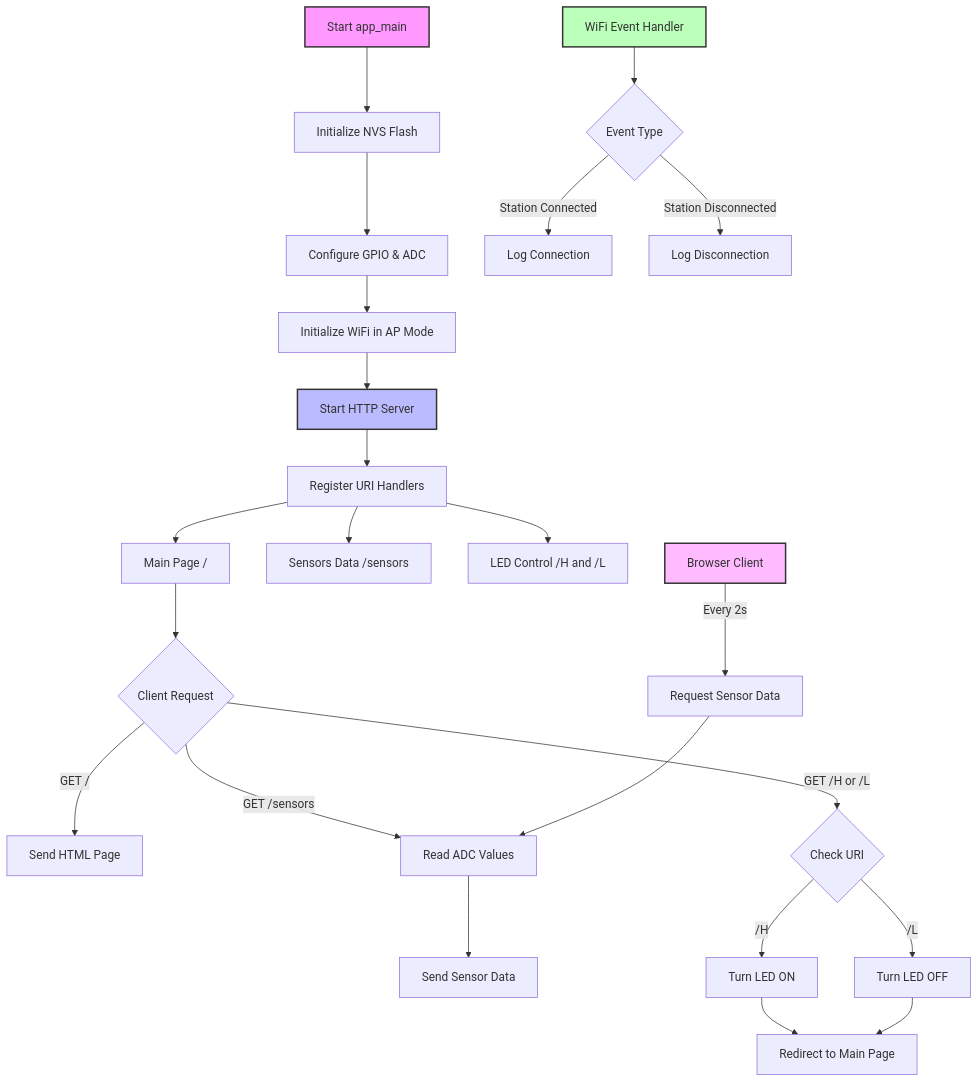
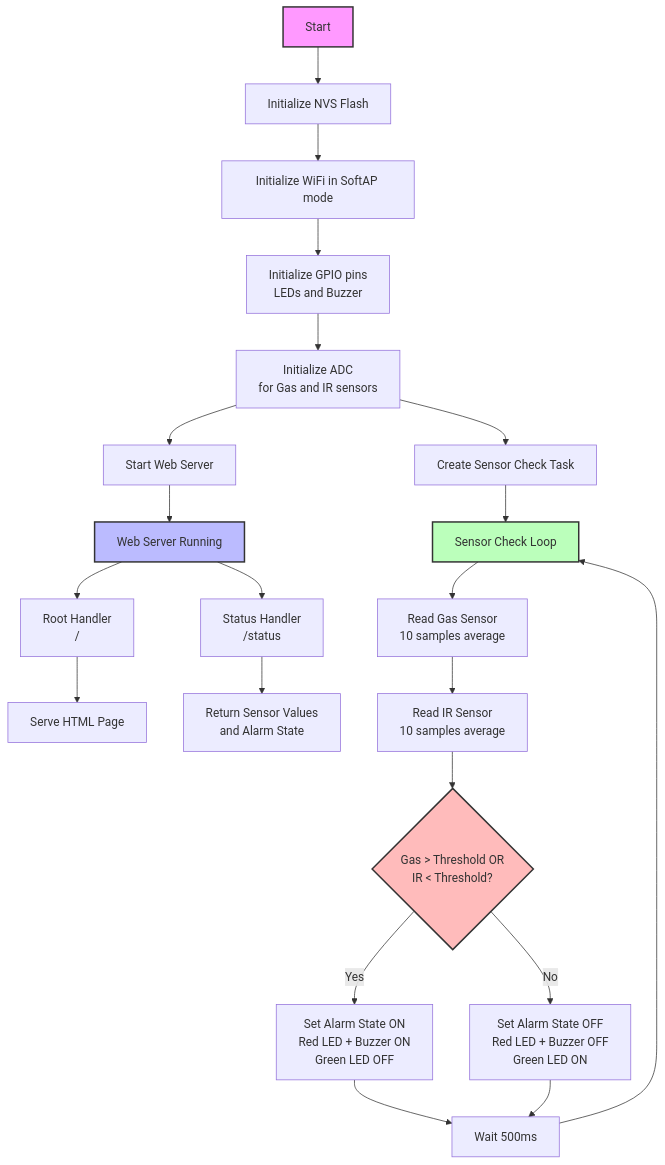
Before and after one commit to ignacio-funes/Alarma_de_Incendios: the diagram in Software/Diagrama de flujo.md, drawn with Mermaid.

Commit message:
Update Diagrama de flujo.md

````diff
--- a/Software/Diagrama de flujo.md
+++ b/Software/Diagrama de flujo.md
@@ -1,42 +1,34 @@
 ```mermaid
-flowchart TD
-    A[Start app_main] --> B[Initialize NVS Flash]
-    B --> C[Configure GPIO & ADC]
-    C --> D[Initialize WiFi in AP Mode]
+graph TD
+    A[Start] --> B[Initialize NVS Flash]
+    B --> C[Initialize WiFi in SoftAP mode]
+    C --> D[Initialize GPIO pins<br/>LEDs and Buzzer]
+    D --> E[Initialize ADC<br/>for Gas and IR sensors]
     
-    D --> E[Start HTTP Server]
-    E --> F[Register URI Handlers]
+    E --> F[Start Web Server]
+    E --> G[Create Sensor Check Task]
     
-    %% URI Handlers Registration
-    F --> G[Main Page /]
-    F --> H[Sensors Data /sensors]
-    F --> I[LED Control /H and /L]
+    G --> H[Sensor Check Loop]
+    H --> I[Read Gas Sensor<br/>10 samples average]
+    I --> J[Read IR Sensor<br/>10 samples average]
     
-    %% Main Page Flow
-    G --> J{Client Request}
-    J -->|GET /| K[Send HTML Page]
+    J --> K{Gas > Threshold OR<br/>IR < Threshold?}
+    K -->|Yes| L[Set Alarm State ON<br/>Red LED + Buzzer ON<br/>Green LED OFF]
+    K -->|No| M[Set Alarm State OFF<br/>Red LED + Buzzer OFF<br/>Green LED ON]
     
-    %% Sensor Data Flow
-    J -->|GET /sensors| L[Read ADC Values]
-    L --> M[Send Sensor Data]
+    L --> N[Wait 500ms]
+    M --> N
+    N --> H
     
-    %% LED Control Flow
-    J -->|GET /H or /L| N{Check URI}
-    N -->|/H| O[Turn LED ON]
-    N -->|/L| P[Turn LED OFF]
-    O & P --> Q[Redirect to Main Page]
+    F --> O[Web Server Running]
+    O --> P[Root Handler</br>/]
+    O --> Q[Status Handler</br>/status]
     
-    %% WiFi Events
-    R[WiFi Event Handler] --> S{Event Type}
-    S -->|Station Connected| T[Log Connection]
-    S -->|Station Disconnected| U[Log Disconnection]
-    
-    %% Web Client Updates
-    V[Browser Client] -->|Every 2s| W[Request Sensor Data]
-    W --> L
+    P --> R[Serve HTML Page]
+    Q --> S[Return Sensor Values<br/>and Alarm State]
     
     style A fill:#f9f,stroke:#333,stroke-width:2px
-    style E fill:#bbf,stroke:#333,stroke-width:2px
-    style R fill:#bfb,stroke:#333,stroke-width:2px
-    style V fill:#fbf,stroke:#333,stroke-width:2px
+    style O fill:#bbf,stroke:#333,stroke-width:2px
+    style H fill:#bfb,stroke:#333,stroke-width:2px
+    style K fill:#fbb,stroke:#333,stroke-width:2px
 ```
````
